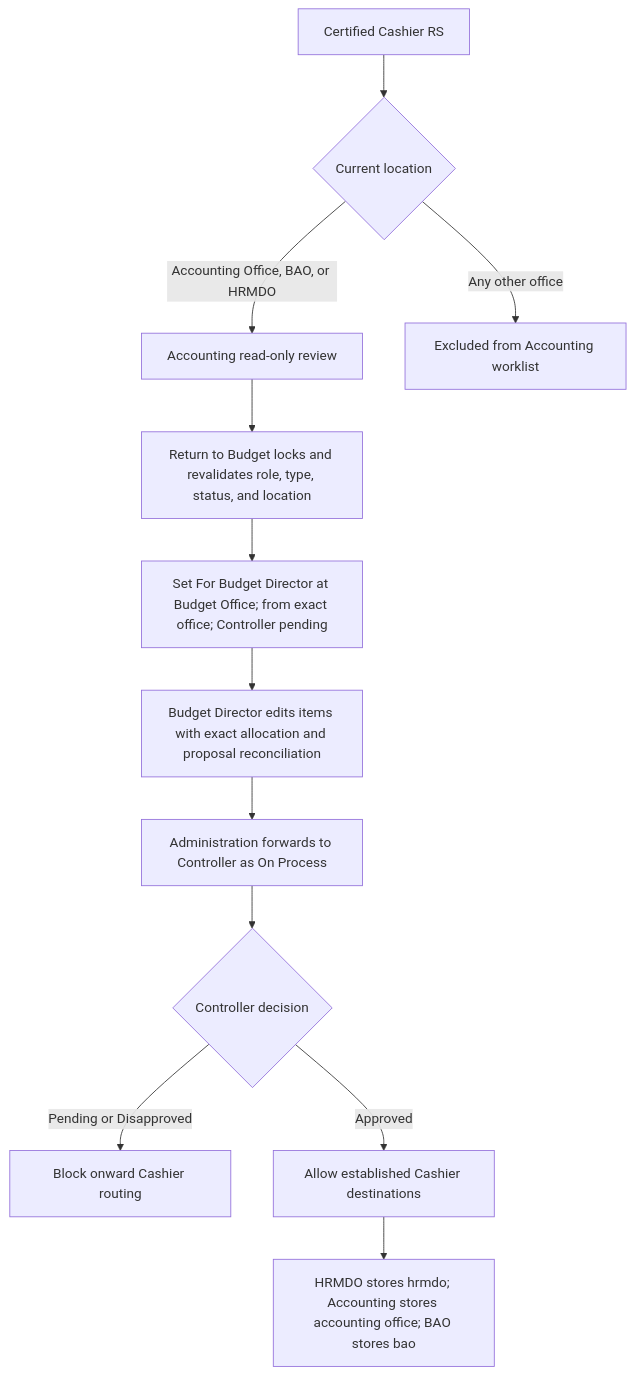
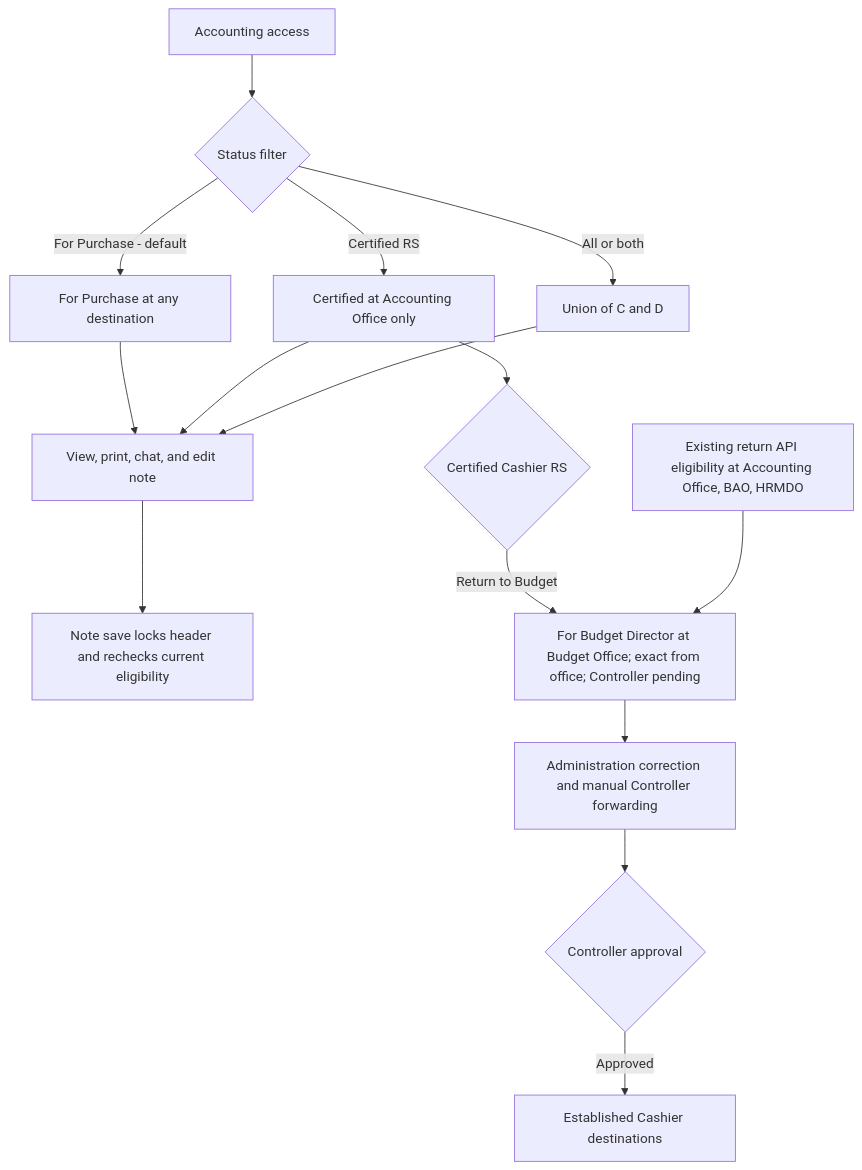
Before and after one commit to AdamsonUniversity-ITC/adulivev6-monorepo: diagram 25 of 48 in docs/abms/flowcharts.md, drawn with Mermaid. The commit also changed other lines of this file and 15 other files, not shown here.

Commit message:
added new role for the logistics read only and additional features for the accounting role

````diff
--- a/docs/abms/flowcharts.md
+++ b/docs/abms/flowcharts.md
@@ -487,14 +487,17 @@
 ```mermaid
 flowchart TD
-    A[Certified Cashier RS] --> B{Current location}
-    B -->|Accounting Office, BAO, or HRMDO| C[Accounting read-only review]
-    B -->|Any other office| X[Excluded from Accounting worklist]
-    C --> D[Return to Budget locks and revalidates role, type, status, and location]
-    D --> E[Set For Budget Director at Budget Office; from exact office; Controller pending]
-    E --> F[Budget Director edits items with exact allocation and proposal reconciliation]
-    F --> G[Administration forwards to Controller as On Process]
-    G --> H{Controller decision}
-    H -->|Pending or Disapproved| I[Block onward Cashier routing]
-    H -->|Approved| J[Allow established Cashier destinations]
-    J --> K[HRMDO stores hrmdo; Accounting stores accounting office; BAO stores bao]
+    A[Accounting access] --> B{Status filter}
+    B -->|For Purchase - default| C[For Purchase at any destination]
+    B -->|Certified RS| D[Certified at Accounting Office only]
+    B -->|All or both| E[Union of C and D]
+    C --> F[View, print, chat, and edit note]
+    D --> F
+    E --> F
+    F --> N[Note save locks header and rechecks current eligibility]
+    D --> G{Certified Cashier RS}
+    G -->|Return to Budget| H[For Budget Director at Budget Office; exact from office; Controller pending]
+    H --> I[Administration correction and manual Controller forwarding]
+    I --> J{Controller approval}
+    J -->|Approved| K[Established Cashier destinations]
+    L[Existing return API eligibility at Accounting Office, BAO, HRMDO] --> H
 ```
````
